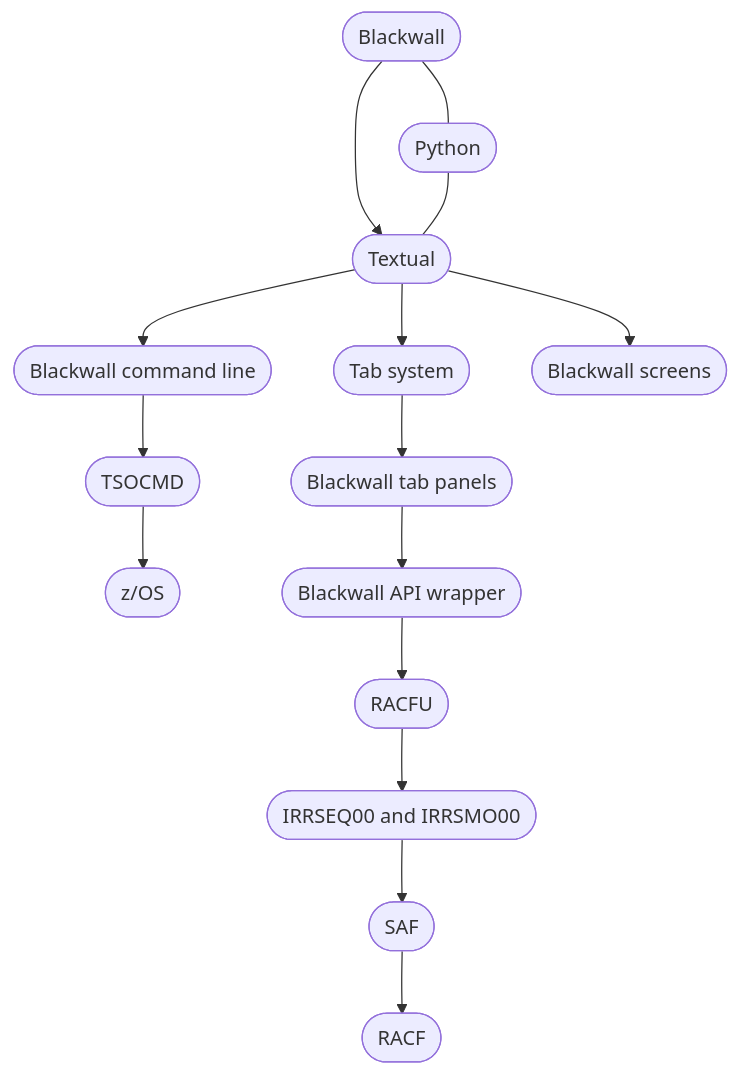
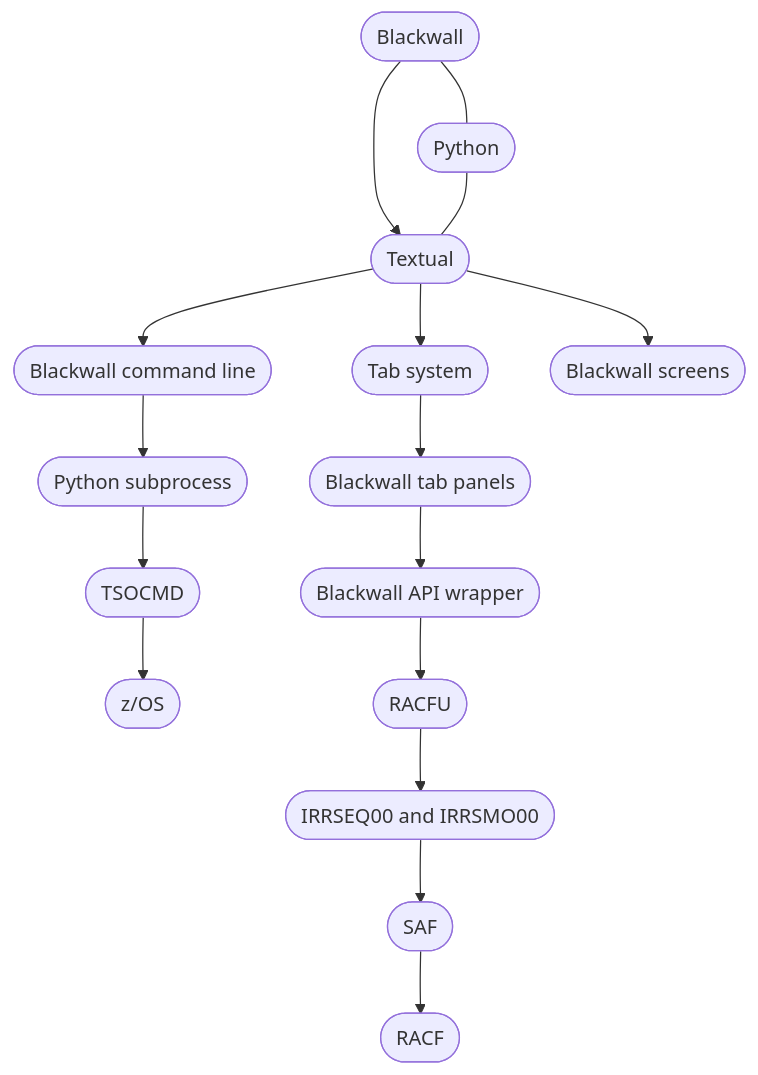
The diagram in architecture.md (EmmasBox/blackwall-protocol-docs), drawn with Mermaid before and after one commit. The commit also changed other lines of this file, not shown here.

Commit message:
Improved flowchart

```diff
--- a/architecture.md
+++ b/architecture.md
@@ -9,35 +11,37 @@
 <pre class="mermaid">
-    flowchart TD
-        BLACKWALL(["Blackwall"])
-        PYTHON(["Python"])
-        TEXTUAL(["Textual"])
-        BLACKWALL --> TEXTUAL
-        BLACKWALL --- PYTHON
-        TEXTUAL --> COMMANDLINE
-        PYTHON --- TEXTUAL
+flowchart TD
+    BLACKWALL(["Blackwall"])
+    PYTHON(["Python"])
+    TEXTUAL(["Textual"])
+    BLACKWALL --> TEXTUAL
+    BLACKWALL --- PYTHON
+    TEXTUAL --> COMMANDLINE
+    PYTHON --- TEXTUAL
 
-        TABS(["Tab system"])
-        TEXTUAL --> TABS
-        TABS --> PANELS
+    TABS(["Tab system"])
+    TEXTUAL --> TABS
+    TABS --> PANELS
 
-        BLACKWALLSCREENS(["Blackwall screens"])
-        TEXTUAL --> BLACKWALLSCREENS
+    BLACKWALLSCREENS(["Blackwall screens"])
+    TEXTUAL --> BLACKWALLSCREENS
 
-        COMMANDLINE(["Blackwall command line"])
-        TSOCMD(["TSOCMD"])
-        ZOS(["z/OS"])
-        COMMANDLINE --> TSOCMD
-        TSOCMD --> ZOS
+    COMMANDLINE(["Blackwall command line"])
+    SUBPROCESS(["Python subprocess"])
+    TSOCMD(["TSOCMD"])
+    ZOS(["z/OS"])
+    COMMANDLINE --> SUBPROCESS
+    SUBPROCESS --> TSOCMD
+    TSOCMD --> ZOS
 
-        PANELS(["Blackwall tab panels"])
-        WRAPPER(["Blackwall API wrapper"])
-        RACFU(["RACFU"])
-        COREAPI(["IRRSEQ00 and IRRSMO00"])
-        SAF(["SAF"])
-        RACF(["RACF"])
-        PANELS --> WRAPPER
-        WRAPPER --> RACFU
-        RACFU --> COREAPI
-        COREAPI --> SAF
-        SAF --> RACF
+    PANELS(["Blackwall tab panels"])
+    WRAPPER(["Blackwall API wrapper"])
+    RACFU(["RACFU"])
+    COREAPI(["IRRSEQ00 and IRRSMO00"])
+    SAF(["SAF"])
+    RACF(["RACF"])
+    PANELS --> WRAPPER
+    WRAPPER --> RACFU
+    RACFU --> COREAPI
+    COREAPI --> SAF
+    SAF --> RACF
 </pre>
```
